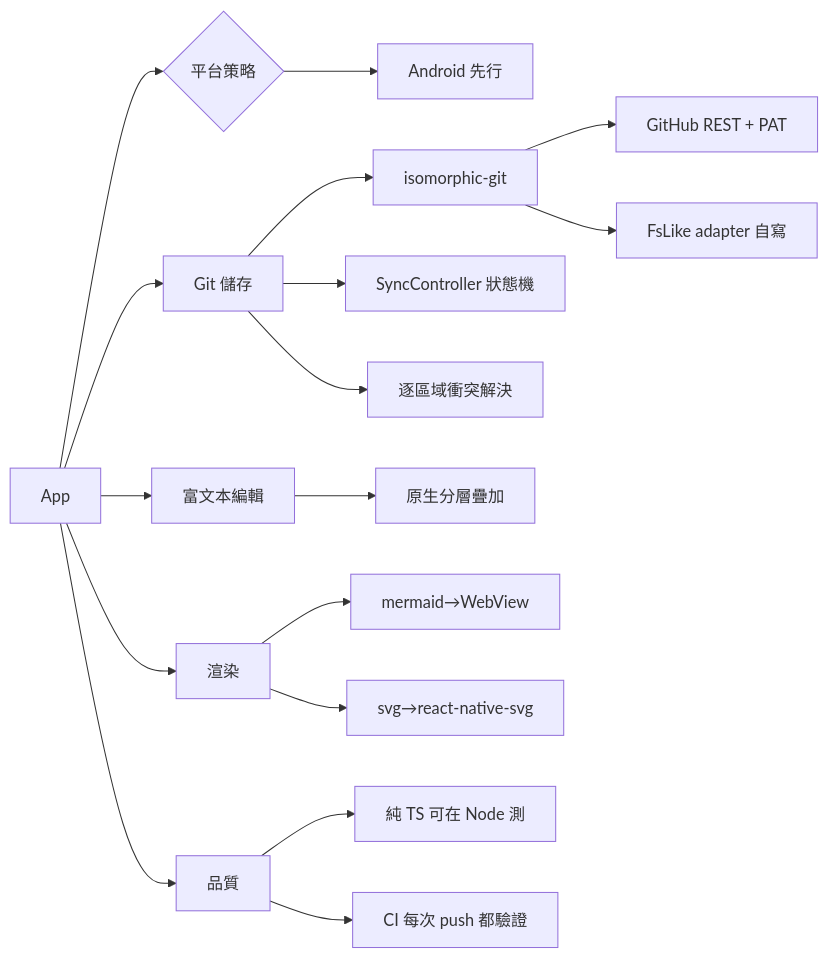
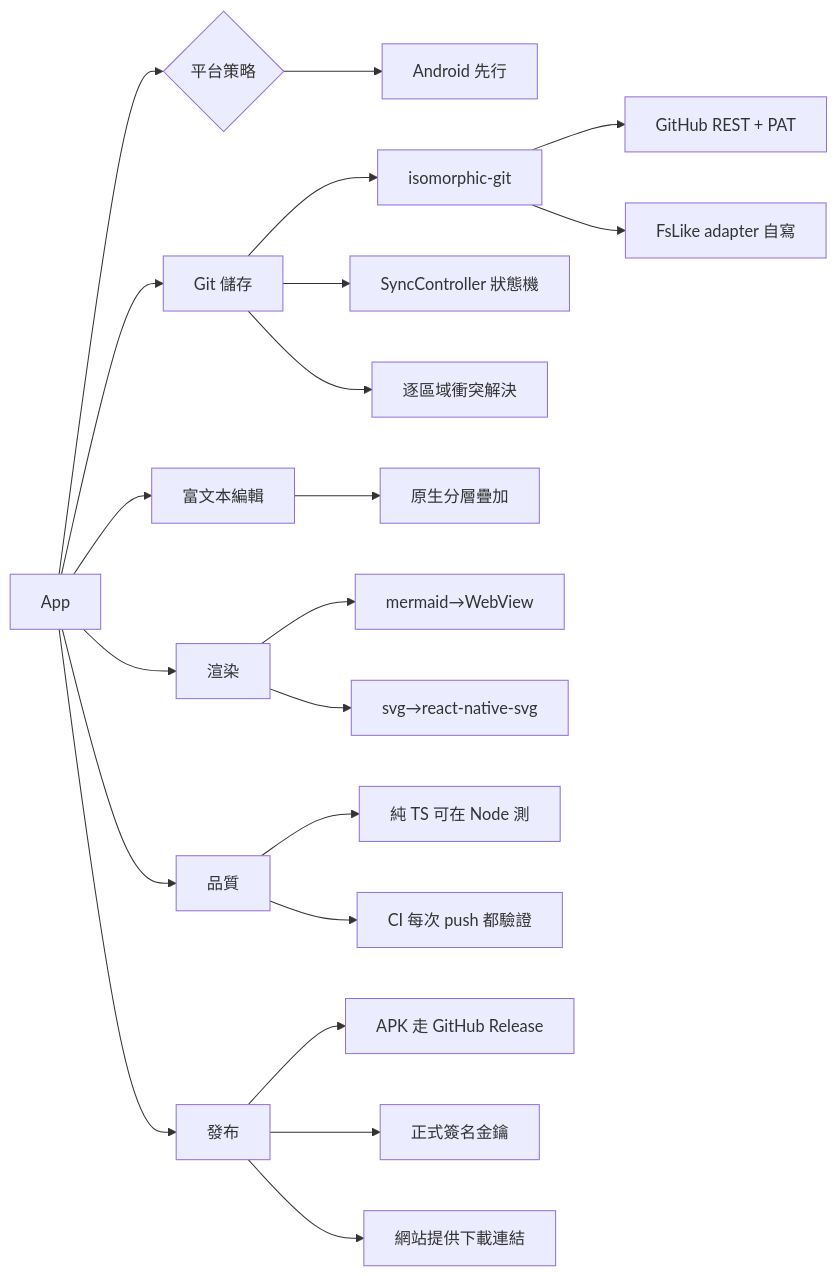
Before and after one commit to adam-ikari/gitmark: the diagram in brain/stack.md, drawn with Mermaid. The commit also changed other lines of this file and 4 other files, not shown here.

````diff
--- a/brain/stack.md
+++ b/brain/stack.md
@@ -44,19 +48,23 @@
 ```mermaid
 graph LR
   D[App] --> P{平台策略}
   D --> G[Git 儲存]
   D --> E[富文本編輯]
   D --> R[渲染]
   D --> Q[品質]
+  D --> S[發布]
   P --> P1[Android 先行]
   G --> G1[isomorphic-git]
   G1 --> G2[GitHub REST + PAT]
   G1 --> G3[FsLike adapter 自寫]
   G --> G4[SyncController 狀態機]
   G --> G5[逐區域衝突解決]
   E --> E1[原生分層疊加]
   R --> R1[mermaid→WebView]
   R --> R2[svg→react-native-svg]
   Q --> Q1[純 TS 可在 Node 測]
   Q --> Q2[CI 每次 push 都驗證]
+  S --> S1[APK 走 GitHub Release]
+  S --> S2[正式簽名金鑰]
+  S --> S3[網站提供下載連結]
 ```
````
